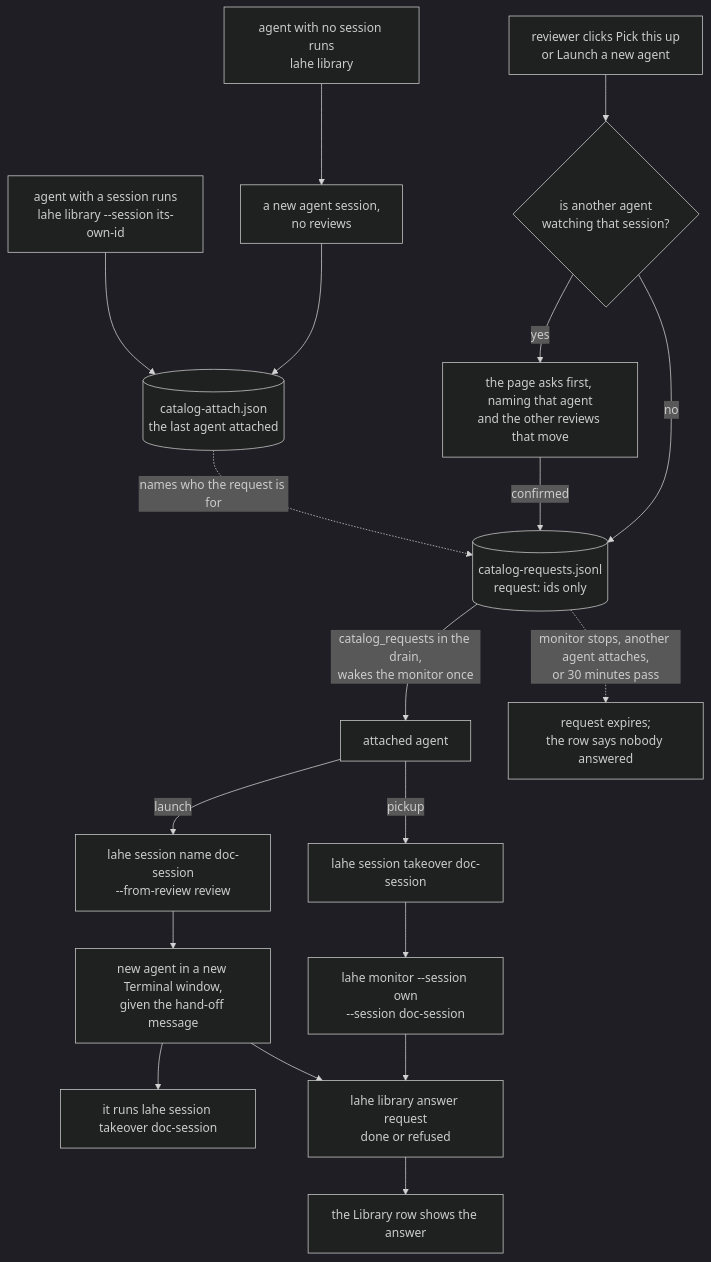
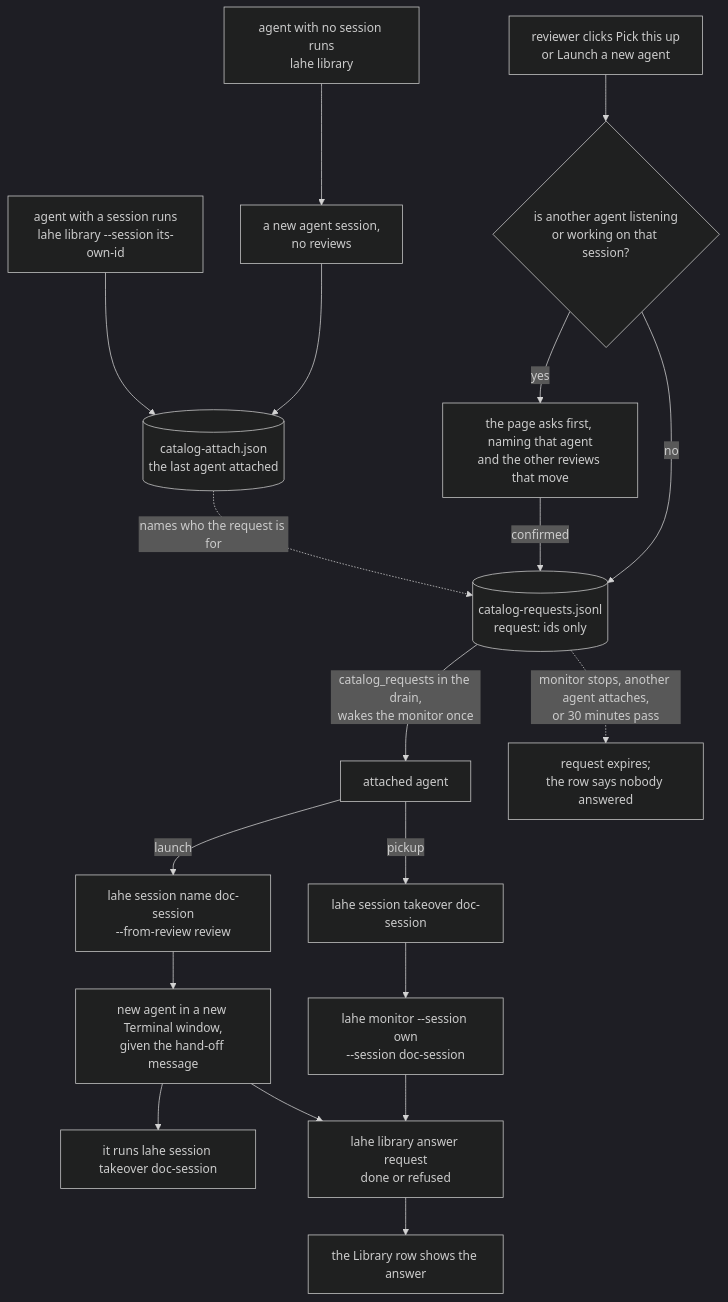
One commit to kenxle/live-agentic-html-editor changed the second of 3 diagrams in docs/diagrams/session_ownership.md. Above: the diagram before and after it, drawn with Mermaid (dark theme). The commit also changed 18 other files, not shown here.

````diff
--- a/docs/diagrams/session_ownership.md
+++ b/docs/diagrams/session_ownership.md
@@ -70,21 +70,21 @@
 ```mermaid
 flowchart TD
     Bare["agent with no session runs<br/>lahe library"] --> Mint["a new agent session,<br/>no reviews"]
     Mint --> AttachFile[("catalog-attach.json<br/>the last agent attached")]
     Attach["agent with a session runs<br/>lahe library --session its-own-id"] --> AttachFile
-    Click["reviewer clicks Pick this up<br/>or Launch a new agent"] --> Watched{"is another agent<br/>watching that session?"}
+    Click["reviewer clicks Pick this up<br/>or Launch a new agent"] --> Watched{"is another agent listening<br/>or working on that session?"}
     Watched -->|"yes"| Confirm["the page asks first, naming that agent<br/>and the other reviews that move"]
     Watched -->|"no"| Queue
     Confirm -->|"confirmed"| Queue[("catalog-requests.jsonl<br/>request: ids only")]
     AttachFile -.->|"names who the request is for"| Queue
     Queue -->|"catalog_requests in the drain,<br/>wakes the monitor once"| Agent["attached agent"]
     Agent -->|"pickup"| Take["lahe session takeover doc-session"]
     Take --> Both["lahe monitor --session own<br/>--session doc-session"]
     Agent -->|"launch"| Name["lahe session name doc-session<br/>--from-review review"]
     Name --> NewAgent["new agent in a new Terminal window,<br/>given the hand-off message"]
     NewAgent --> Take2["it runs lahe session takeover doc-session"]
     Both --> Answer["lahe library answer request<br/>done or refused"]
     NewAgent --> Answer
     Answer --> Row["the Library row shows the answer"]
     Queue -.->|"monitor stops, another agent attaches,<br/>or 30 minutes pass"| Expired["request expires;<br/>the row says nobody answered"]
 ```
````
